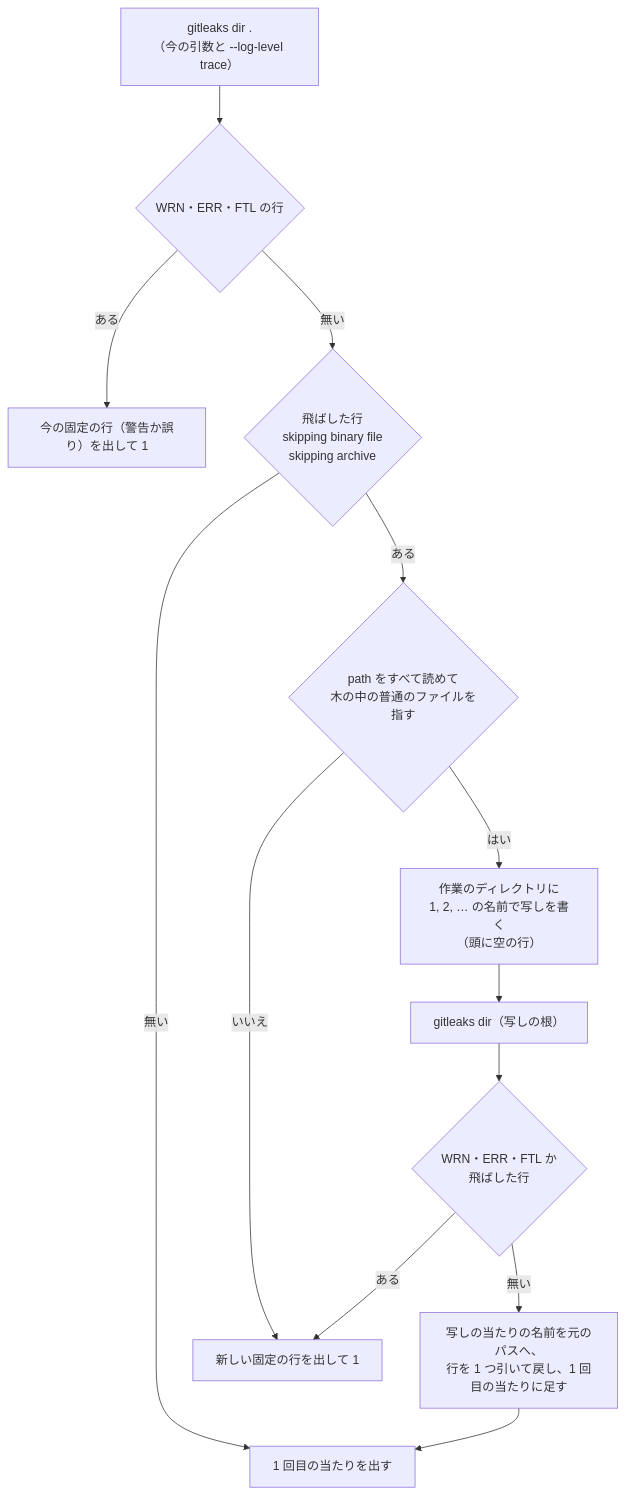
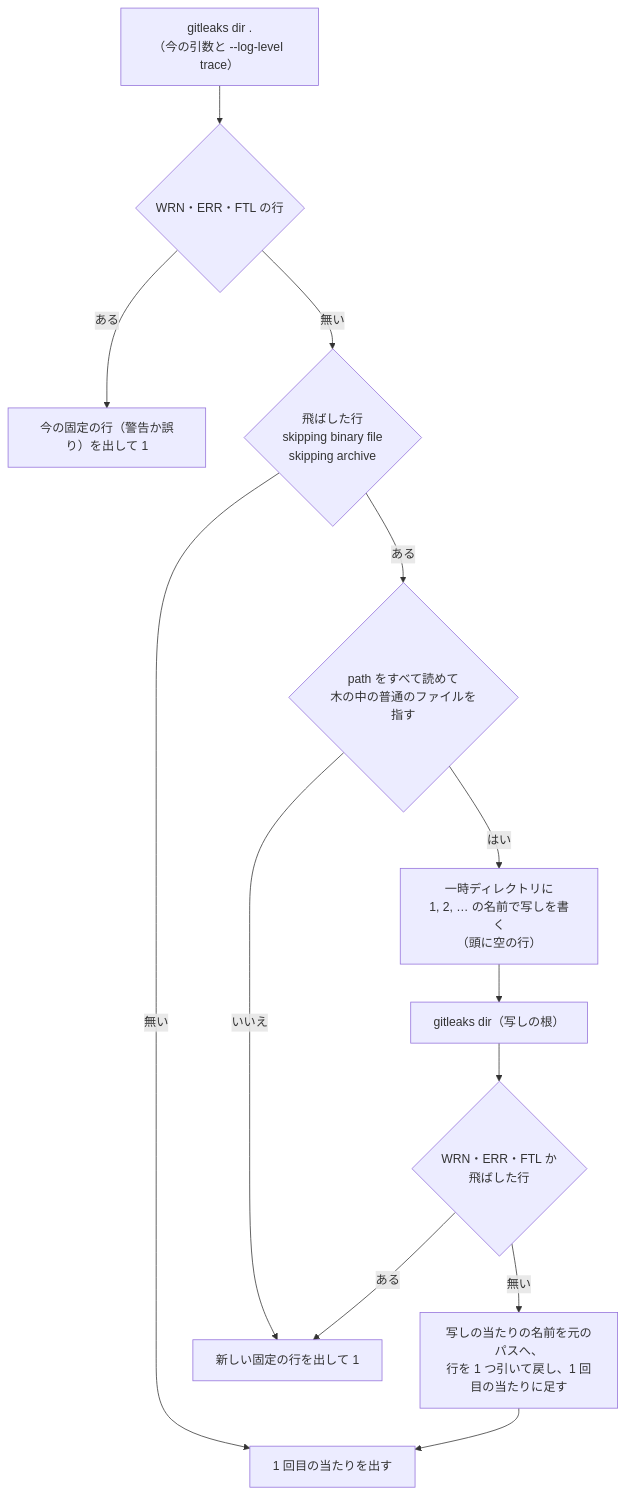
The third of 3 diagrams in issues/issue-98-design.md (devbasex/nd-factory), drawn with Mermaid before and after one commit. The commit also changed other lines of this file, not shown here.

````diff
--- a/issues/issue-98-design.md
+++ b/issues/issue-98-design.md
@@ -87,15 +87,15 @@
 ```mermaid
 flowchart TD
     a["gitleaks dir .<br/>（今の引数と --log-level trace）"] --> b{"WRN・ERR・FTL の行"}
     b -->|ある| f1["今の固定の行（警告か誤り）を出して 1"]
     b -->|無い| c{"飛ばした行<br/>skipping binary file<br/>skipping archive"}
     c -->|無い| r["1 回目の当たりを出す"]
     c -->|ある| d{"path をすべて読めて<br/>木の中の普通のファイルを指す"}
     d -->|いいえ| f2["新しい固定の行を出して 1"]
-    d -->|はい| e["作業のディレクトリに<br/>1, 2, … の名前で写しを書く<br/>（頭に空の行）"]
+    d -->|はい| e["一時ディレクトリに<br/>1, 2, … の名前で写しを書く<br/>（頭に空の行）"]
     e --> g["gitleaks dir（写しの根）"]
     g --> h{"WRN・ERR・FTL か<br/>飛ばした行"}
     h -->|ある| f2
     h -->|無い| i["写しの当たりの名前を元のパスへ、<br/>行を 1 つ引いて戻し、1 回目の当たりに足す"]
     i --> r
 ```
````
